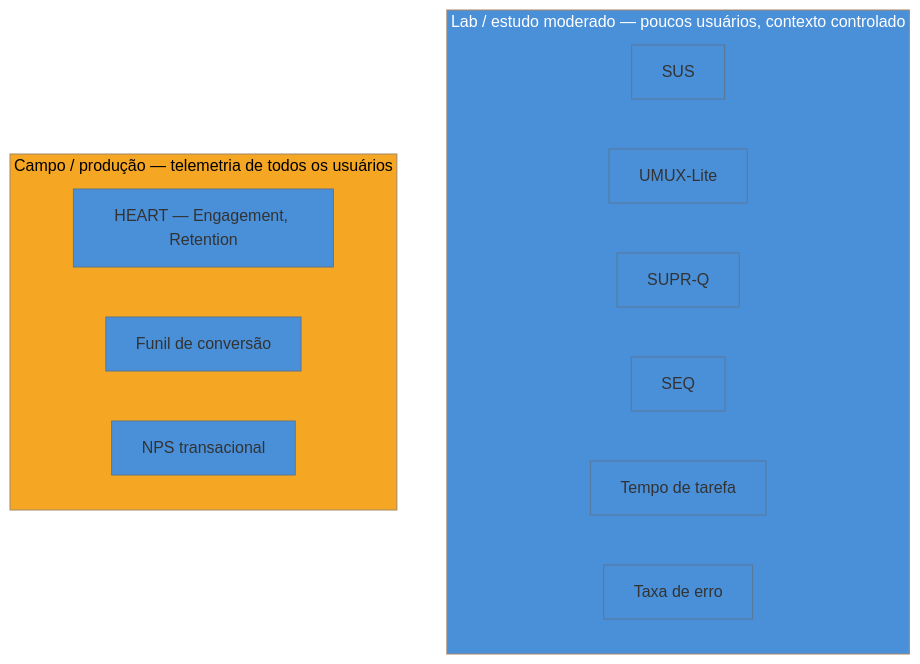
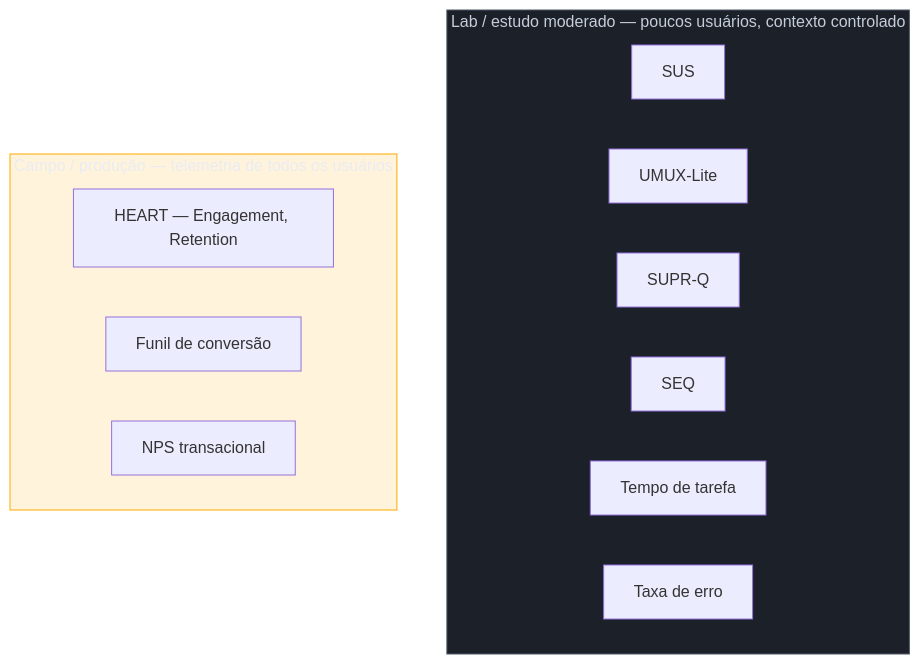
The diagram in 03-Dominios/Engenharia/UX/Medir, Validar e Sustentar/39 - SUS, UMUX-Lite, SUPR-Q e SEQ.md (josenaldo/codex-technomanticus), drawn with Mermaid before and after one commit. The commit also changed 1181 other files, not shown here.

First line of the commit message:
fix(diagramas): paleta do sistema no lugar de cor cravada no markdown

````diff
--- a/03-Dominios/Engenharia/UX/Medir, Validar e Sustentar/39 - SUS, UMUX-Lite, SUPR-Q e SEQ.md
+++ b/03-Dominios/Engenharia/UX/Medir, Validar e Sustentar/39 - SUS, UMUX-Lite, SUPR-Q e SEQ.md
@@ -57,19 +57,20 @@
 ```mermaid
-%%{init: {"theme": "base", "themeVariables": {"primaryColor": "#4A90D9"}}}%%
 graph TD
+    classDef neutro fill:#1B2029,stroke:#4E5666,color:#C6CCD8
+    classDef destaque fill:#FFAA0024,stroke:#FFAA00,color:#E9ECF2
     subgraph LAB["Lab / estudo moderado — poucos usuários, contexto controlado"]
         SUS["SUS"]
         UL["UMUX-Lite"]
         SQ["SUPR-Q"]
         SEQ["SEQ"]
         TT["Tempo de tarefa"]
         TE["Taxa de erro"]
     end
     subgraph CAMPO["Campo / produção — telemetria de todos os usuários"]
         HE["HEART — Engagement, Retention"]
         FU["Funil de conversão"]
         NP["NPS transacional"]
     end
-    style LAB fill:#4A90D9,color:#fff
-    style CAMPO fill:#F5A623,color:#000
+    class LAB neutro
+    class CAMPO destaque
 ```
````
